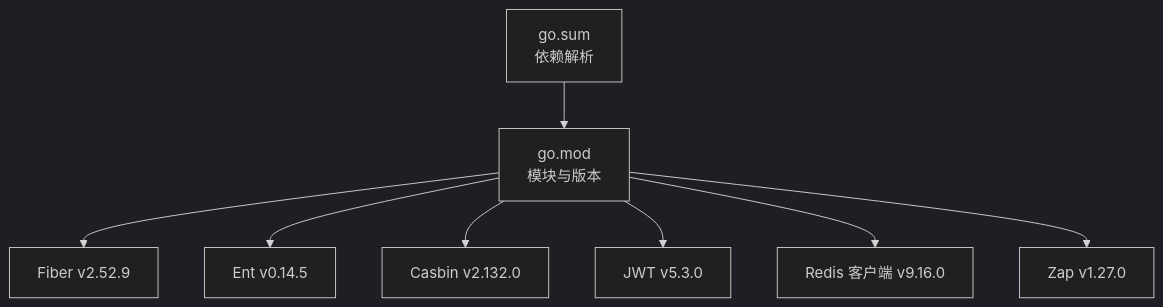
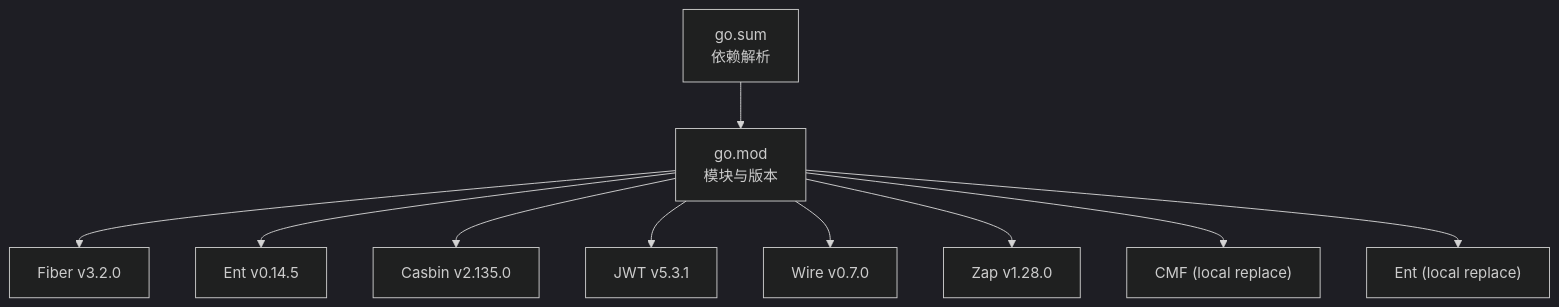
One commit to wuwuseo/e-sports-go-admin changed the fourth of 4 diagrams in .qoder/repowiki/zh/content/开发指南/开发环境搭建.md. Above: the diagram before and after it, drawn with Mermaid (dark theme). The commit also changed other lines of this file and 42 other files, not shown here.

````diff
--- a/.qoder/repowiki/zh/content/开发指南/开发环境搭建.md
+++ b/.qoder/repowiki/zh/content/开发指南/开发环境搭建.md
@@ -245,10 +254,12 @@
 ```mermaid
 graph TB
-M["go.mod<br/>模块与版本"] --> D1["Fiber v2.52.9"]
+M["go.mod<br/>模块与版本"] --> D1["Fiber v3.2.0"]
 M --> D2["Ent v0.14.5"]
-M --> D3["Casbin v2.132.0"]
-M --> D4["JWT v5.3.0"]
-M --> D5["Redis 客户端 v9.16.0"]
-M --> D6["Zap v1.27.0"]
+M --> D3["Casbin v2.135.0"]
+M --> D4["JWT v5.3.1"]
+M --> D5["Wire v0.7.0"]
+M --> D6["Zap v1.28.0"]
+M --> D7["CMF (local replace)"]
+M --> D8["Ent (local replace)"]
 SUM["go.sum<br/>依赖解析"] --> M
 ```
````
